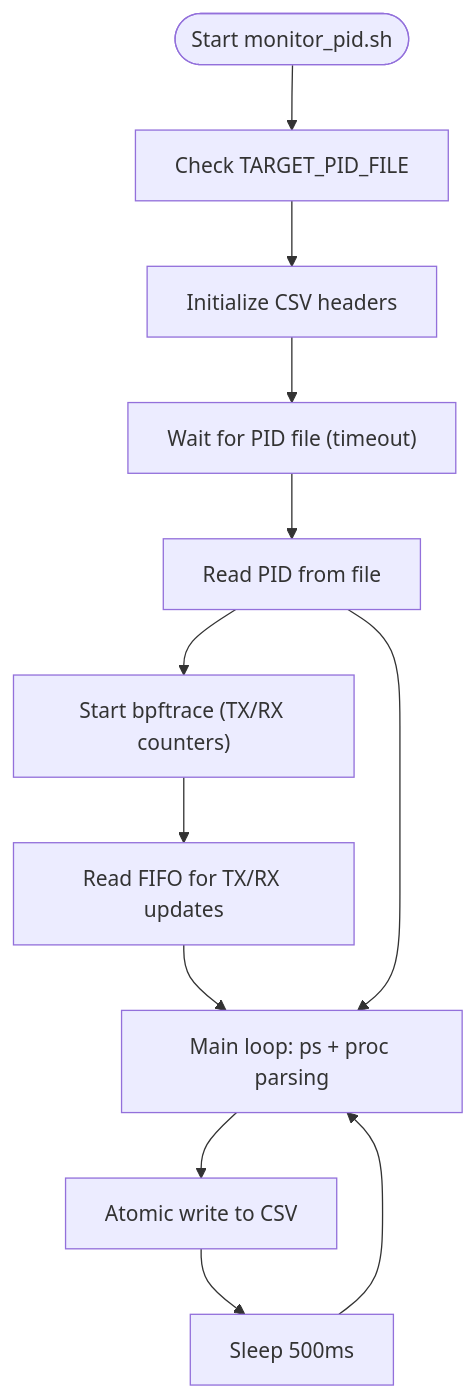
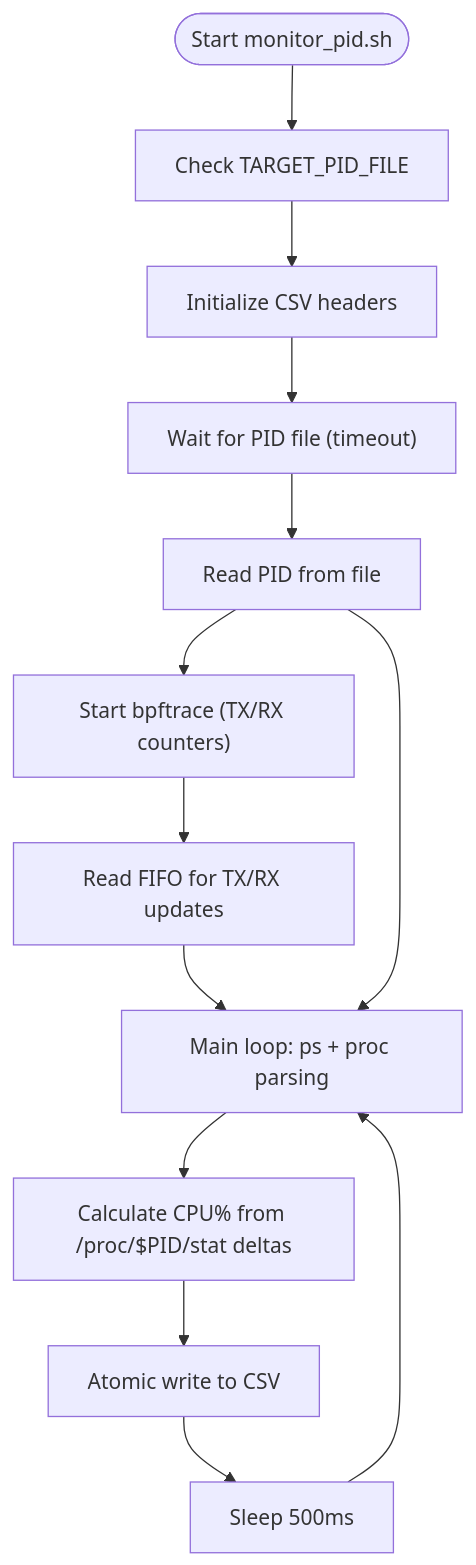
The fifth of 10 diagrams in .qoder/repowiki/en/content/Monitoring and Analytics/Monitoring and Analytics.md (Fogus-Gr/MeasurementsDTs), drawn with Mermaid before and after one commit. The commit also changed other lines of this file and 9 other files, not shown here.

````diff
--- a/.qoder/repowiki/en/content/Monitoring and Analytics/Monitoring and Analytics.md
+++ b/.qoder/repowiki/en/content/Monitoring and Analytics/Monitoring and Analytics.md
@@ -262,14 +273,15 @@
 ```mermaid
 flowchart TD
 Start(["Start monitor_pid.sh"]) --> CheckEnv["Check TARGET_PID_FILE"]
 CheckEnv --> InitCSV["Initialize CSV headers"]
 InitCSV --> WaitPID["Wait for PID file (timeout)"]
 WaitPID --> ReadPID["Read PID from file"]
 ReadPID --> StartBpf["Start bpftrace (TX/RX counters)"]
 StartBpf --> ReadFifo["Read FIFO for TX/RX updates"]
 ReadFifo --> Loop["Main loop: ps + proc parsing"]
-Loop --> WriteCSV["Atomic write to CSV"]
+Loop --> CalcCPU["Calculate CPU% from /proc/$PID/stat deltas"]
+CalcCPU --> WriteCSV["Atomic write to CSV"]
 WriteCSV --> Sleep["Sleep 500ms"]
 Sleep --> Loop
 ReadPID --> Loop
 ```
````
